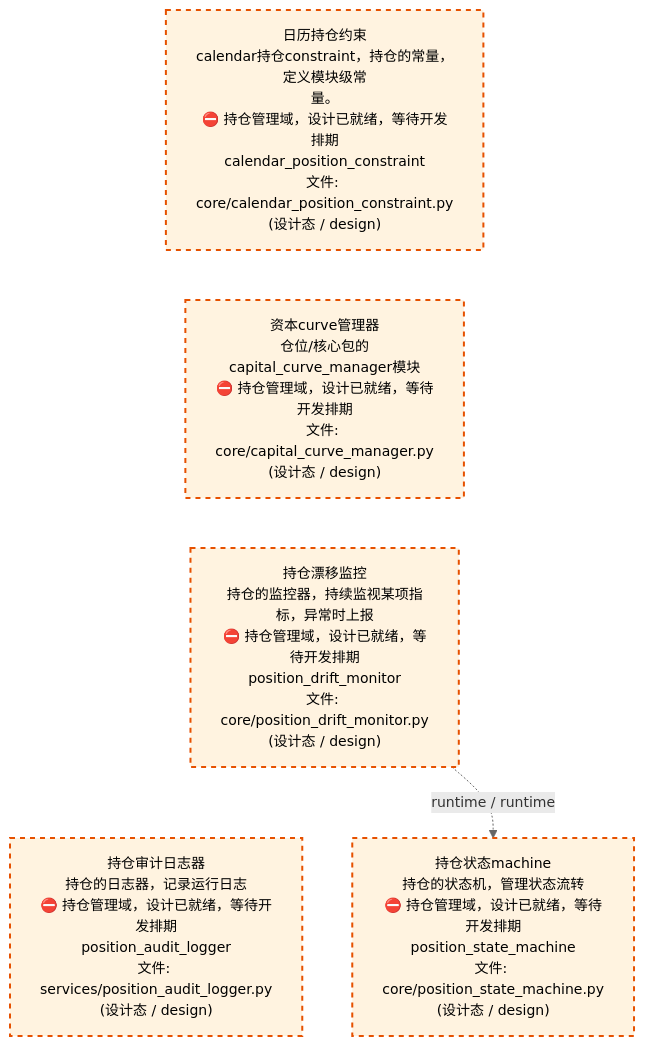
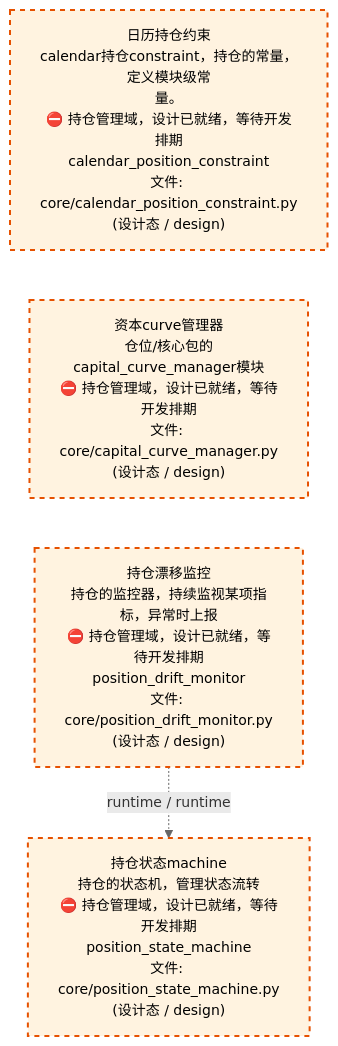
The third of 4 diagrams in docs/02_enterprise_architecture/02_domain_architecture_docs/64_d_position.md (xuanFelixVan/ZephyrAlpha), drawn with Mermaid before and after one commit. The commit also changed other lines of this file and 40 other files, not shown here.

````diff
--- a/docs/02_enterprise_architecture/02_domain_architecture_docs/64_d_position.md
+++ b/docs/02_enterprise_architecture/02_domain_architecture_docs/64_d_position.md
@@ -155,18 +148,16 @@
 ```mermaid
 %%{init: {'theme': 'base', 'themeVariables': {'primaryColor': '#eaeaea', 'primaryTextColor': '#333333', 'primaryBorderColor': '#666666', 'lineColor': '#666666', 'secondaryColor': '#eaeaea', 'tertiaryColor': '#eaeaea', 'fontSize': '14px'}}}%%
 flowchart TD
     src_zephyr_position_core_calendar_position_constraint_py["日历持仓约束<br/>calendar持仓constraint，持仓的常量，定义模块级常<br/>量。<br/>⛔ 持仓管理域，设计已就绪，等待开发排期<br/>calendar_position_constraint<br/>文件: core/calendar_position_constraint.py<br/>(设计态 / design)"]
     src_zephyr_position_core_capital_curve_manager_py["资本curve管理器<br/>仓位/核心包的capital_curve_manager模块<br/>⛔ 持仓管理域，设计已就绪，等待开发排期<br/>文件: core/capital_curve_manager.py<br/>(设计态 / design)"]
     src_zephyr_position_core_position_drift_monitor_py["持仓漂移监控<br/>持仓的监控器，持续监视某项指标，异常时上报<br/>⛔ 持仓管理域，设计已就绪，等待开发排期<br/>position_drift_monitor<br/>文件: core/position_drift_monitor.py<br/>(设计态 / design)"]
-    src_zephyr_position_services_position_audit_logger_py["持仓审计日志器<br/>持仓的日志器，记录运行日志<br/>⛔ 持仓管理域，设计已就绪，等待开发排期<br/>position_audit_logger<br/>文件: services/position_audit_logger.py<br/>(设计态 / design)"]
     src_zephyr_position_core_calendar_position_constraint_py ~~~ src_zephyr_position_core_capital_curve_manager_py
     src_zephyr_position_core_capital_curve_manager_py ~~~ src_zephyr_position_core_position_drift_monitor_py
-    src_zephyr_position_core_position_drift_monitor_py ~~~ src_zephyr_position_services_position_audit_logger_py
     src_zephyr_position_core_position_state_machine_py["持仓状态machine<br/>持仓的状态机，管理状态流转<br/>⛔ 持仓管理域，设计已就绪，等待开发排期<br/>position_state_machine<br/>文件: core/position_state_machine.py<br/>(设计态 / design)"]
     src_zephyr_position_core_position_drift_monitor_py -.->|runtime / runtime| src_zephyr_position_core_position_state_machine_py
     classDef production fill:#e1f5fe,stroke:#01579b,stroke-width:2px,color:#000
     classDef design fill:#fff3e0,stroke:#e65100,stroke-width:2px,color:#000,stroke-dasharray: 5 5
     classDef external_prod fill:#e8f4fd,stroke:#0277bd,stroke-width:1px,color:#000
     classDef external_design fill:#fff8e7,stroke:#ef6c00,stroke-width:1px,color:#000,stroke-dasharray: 5 5
-    class src_zephyr_position_core_calendar_position_constraint_py,src_zephyr_position_core_capital_curve_manager_py,src_zephyr_position_core_position_drift_monitor_py,src_zephyr_position_core_position_state_machine_py,src_zephyr_position_services_position_audit_logger_py design
+    class src_zephyr_position_core_calendar_position_constraint_py,src_zephyr_position_core_capital_curve_manager_py,src_zephyr_position_core_position_drift_monitor_py,src_zephyr_position_core_position_state_machine_py design
 ```
````
